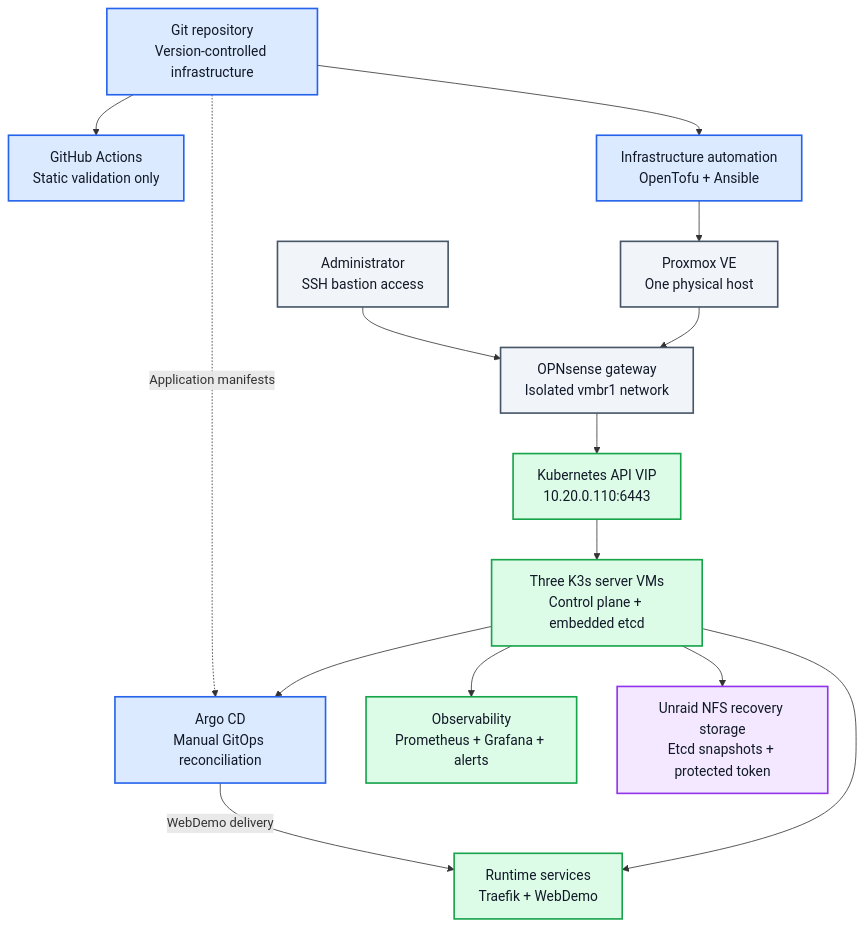
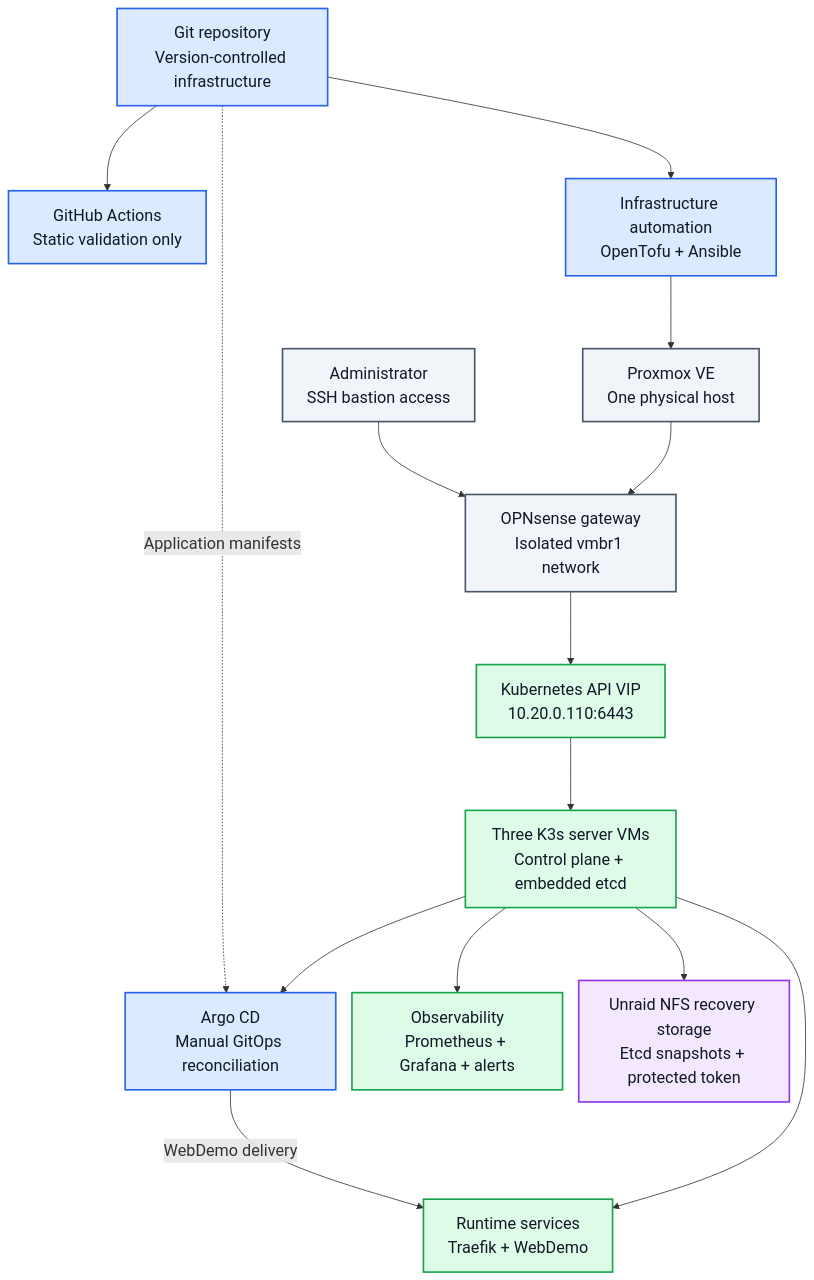
Before and after one commit to Capasiter/homelab-portfolio: the first of 3 diagrams in README.md, drawn with Mermaid. The commit also changed other lines of this file, not shown here.

Commit message:
docs: align architecture styling and group reviewed delivery on the left

````diff
--- a/README.md
+++ b/README.md
@@ -32,39 +32,40 @@
 ```mermaid
+%%{init: {"flowchart": {"nodeSpacing": 20, "rankSpacing": 90, "curve": "basis"}, "themeVariables": {"fontSize": "20px"}}}%%
 flowchart TD
     Git["Git repository<br/>Version-controlled infrastructure"]
     CI["GitHub Actions<br/>Static validation only"]
     Automation["Infrastructure automation<br/>OpenTofu + Ansible"]
     Proxmox["Proxmox VE<br/>One physical host"]
     Admin["Administrator<br/>SSH bastion access"]
     Gateway["OPNsense gateway<br/>Isolated vmbr1 network"]
     VIP["Kubernetes API VIP<br/>10.20.0.110:6443"]
     Cluster["Three K3s server VMs<br/>Control plane + embedded etcd"]
     Argo["Argo CD<br/>Manual GitOps reconciliation"]
     Services["Runtime services<br/>Traefik + WebDemo"]
     Observe["Observability<br/>Prometheus + Grafana + alerts"]
     Backup["Unraid NFS recovery storage<br/>Etcd snapshots + protected token"]
 
     Git --> CI
     Git --> Automation
     Automation --> Proxmox
     Admin --> Gateway
     Proxmox --> Gateway
     Gateway --> VIP
     VIP --> Cluster
     Git -.->|Application manifests| Argo
     Cluster --> Argo
     Argo -->|WebDemo delivery| Services
     Cluster --> Services
     Cluster --> Observe
     Cluster --> Backup
 
-    classDef delivery fill:#DBEAFE,stroke:#2563EB,color:#111827,stroke-width:2px,font-size:17px
-    classDef boundary fill:#F1F5F9,stroke:#475569,color:#111827,stroke-width:2px,font-size:17px
-    classDef runtime fill:#DCFCE7,stroke:#16A34A,color:#111827,stroke-width:2px,font-size:17px
-    classDef recovery fill:#F3E8FF,stroke:#9333EA,color:#111827,stroke-width:2px,font-size:17px
+    classDef delivery fill:#DBEAFE,stroke:#2563EB,color:#111827,stroke-width:2px,font-size:20px
+    classDef boundary fill:#F1F5F9,stroke:#475569,color:#111827,stroke-width:2px,font-size:20px
+    classDef runtime fill:#DCFCE7,stroke:#16A34A,color:#111827,stroke-width:2px,font-size:20px
+    classDef recovery fill:#F3E8FF,stroke:#9333EA,color:#111827,stroke-width:2px,font-size:20px
 
     class Git,CI,Automation,Argo delivery
     class Proxmox,Admin,Gateway boundary
     class VIP,Cluster,Services,Observe runtime
     class Backup recovery
 ```
````
